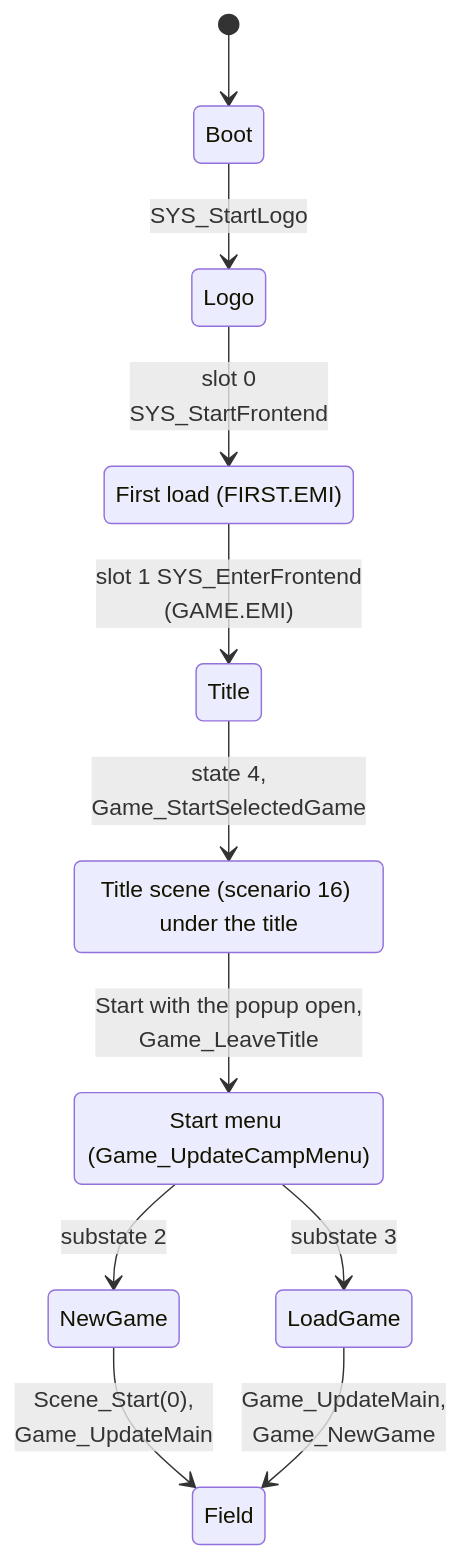
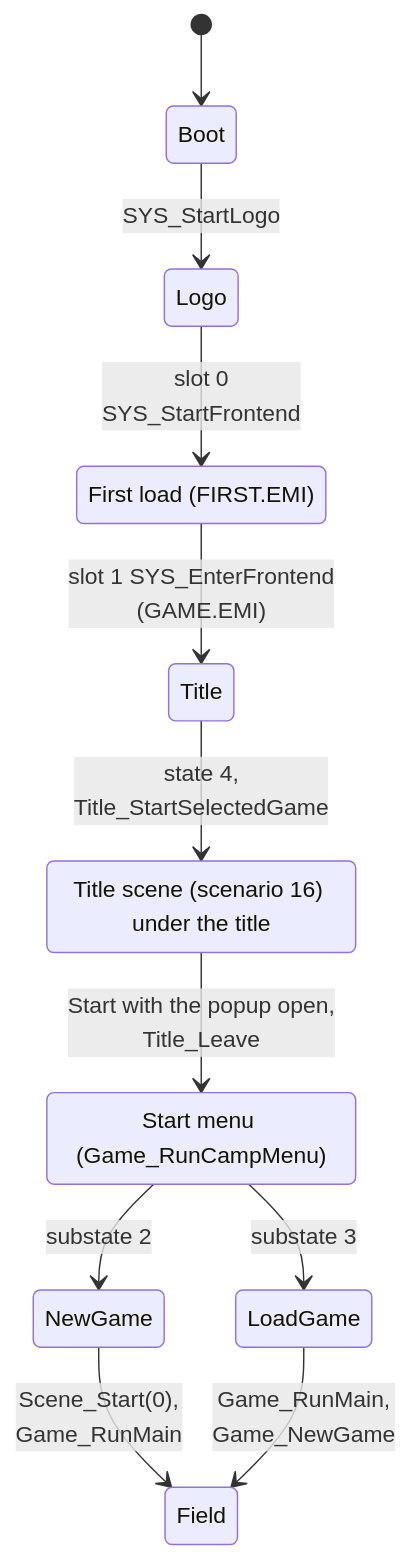
The first of 3 diagrams in src/content/docs/systems/phases.md (raulcorreia7/bof3-wiki), drawn with Mermaid before and after one commit. The commit also changed other lines of this file and 34 other files, not shown here.

````diff
--- a/src/content/docs/systems/phases.md
+++ b/src/content/docs/systems/phases.md
@@ -12,17 +12,17 @@
 ```mermaid
 stateDiagram-v2
     direction TB
     [*] --> Boot
     Boot --> Logo: SYS_StartLogo
     Logo --> FirstLoad: slot 0<br/>SYS_StartFrontend
     FirstLoad: First load (FIRST.EMI)
     FirstLoad --> Title: slot 1 SYS_EnterFrontend<br/>(GAME.EMI)
-    Title --> TitleScene: state 4,<br/>Game_StartSelectedGame
+    Title --> TitleScene: state 4,<br/>Title_StartSelectedGame
     TitleScene: Title scene (scenario 16) under the title
-    TitleScene --> StartMenu: Start with the popup open,<br/>Game_LeaveTitle
-    StartMenu: Start menu (Game_UpdateCampMenu)
+    TitleScene --> StartMenu: Start with the popup open,<br/>Title_Leave
+    StartMenu: Start menu (Game_RunCampMenu)
     StartMenu --> NewGame: substate 2
     StartMenu --> LoadGame: substate 3
-    NewGame --> Field: Scene_Start(0),<br/>Game_UpdateMain
-    LoadGame --> Field: Game_UpdateMain,<br/>Game_NewGame
+    NewGame --> Field: Scene_Start(0),<br/>Game_RunMain
+    LoadGame --> Field: Game_RunMain,<br/>Game_NewGame
 ```
````
